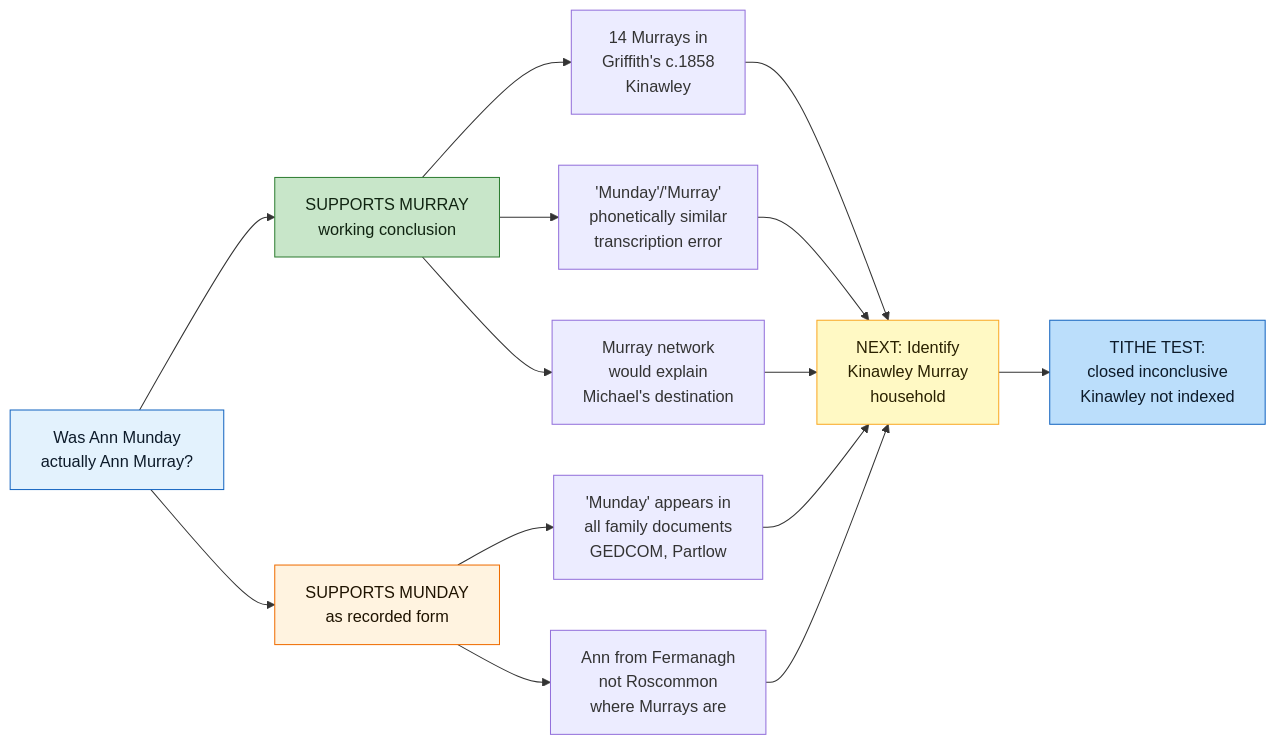
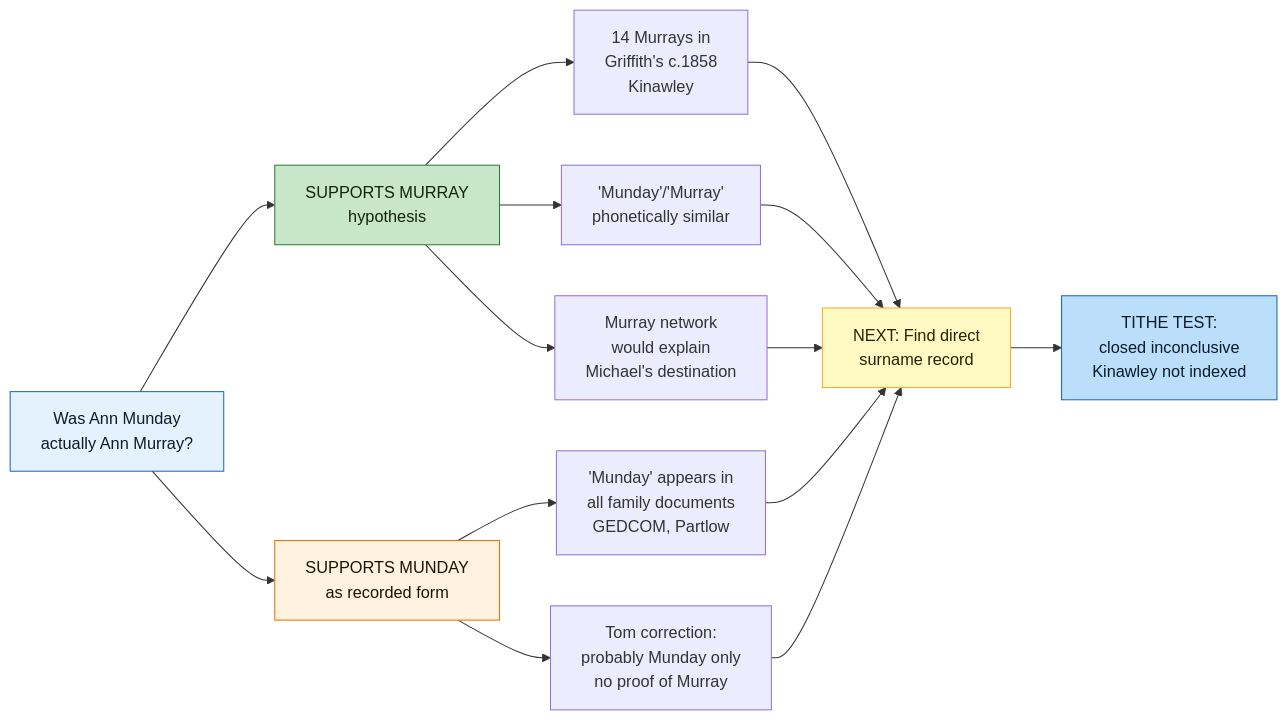
Before and after one commit to zcopley/copley-family-research: the second of 2 diagrams in People/Ann Copley.md, drawn with Mermaid. The commit also changed other lines of this file and 21 other files, not shown here.

````diff
--- a/People/Ann Copley.md
+++ b/People/Ann Copley.md
@@ -93,31 +93,31 @@
 ```mermaid
 graph LR
     QUEST["Was Ann Munday<br/>actually Ann Murray?"]
     
-    FOR["SUPPORTS MURRAY<br/>working conclusion"]
+    FOR["SUPPORTS MURRAY<br/>hypothesis"]
     AGAINST["SUPPORTS MUNDAY<br/>as recorded form"]
     
     QUEST --> FOR
     QUEST --> AGAINST
     
     FOR --> E1["14 Murrays in<br/>Griffith's c.1858<br/>Kinawley"]
-    FOR --> E2["'Munday'/'Murray'<br/>phonetically similar<br/>transcription error"]
+    FOR --> E2["'Munday'/'Murray'<br/>phonetically similar"]
     FOR --> E3["Murray network<br/>would explain<br/>Michael's destination"]
     
     AGAINST --> E4["'Munday' appears in<br/>all family documents<br/>GEDCOM, Partlow"]
-    AGAINST --> E5["Ann from Fermanagh<br/>not Roscommon<br/>where Murrays are"]
+    AGAINST --> E5["Tom correction:<br/>probably Munday only<br/>no proof of Murray"]
     
-    E1 --> NEXT["NEXT: Identify<br/>Kinawley Murray<br/>household"]
+    E1 --> NEXT["NEXT: Find direct<br/>surname record"]
     E2 --> NEXT
     E3 --> NEXT
     E4 --> NEXT
     E5 --> NEXT
     
     NEXT --> TEST["TITHE TEST:<br/>closed inconclusive<br/>Kinawley not indexed"]
     
     style QUEST fill:#e3f2fd,stroke:#1565c0,color:#0d1b2a
     style FOR fill:#c8e6c9,stroke:#2e7d32,color:#102411
     style AGAINST fill:#fff3e0,stroke:#ef6c00,color:#1f1300
     style NEXT fill:#fff9c4,stroke:#f9a825,color:#2a2100
     style TEST fill:#bbdefb,stroke:#1565c0,color:#0d1b2a
 ```
````
